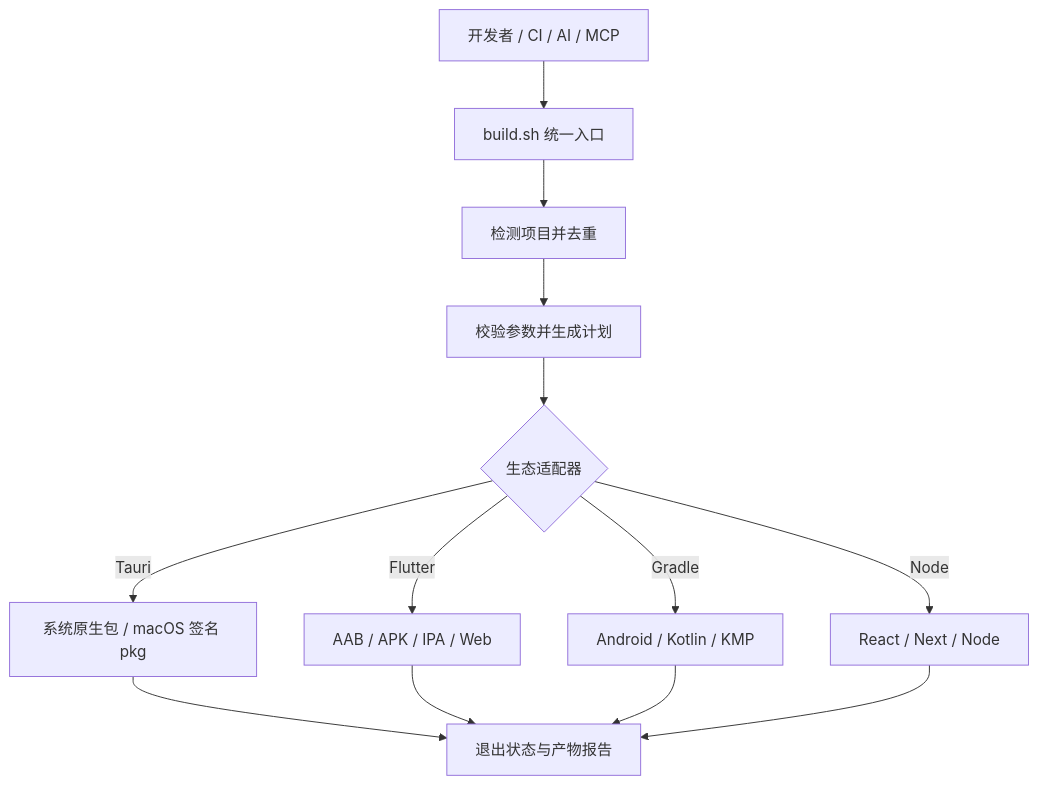
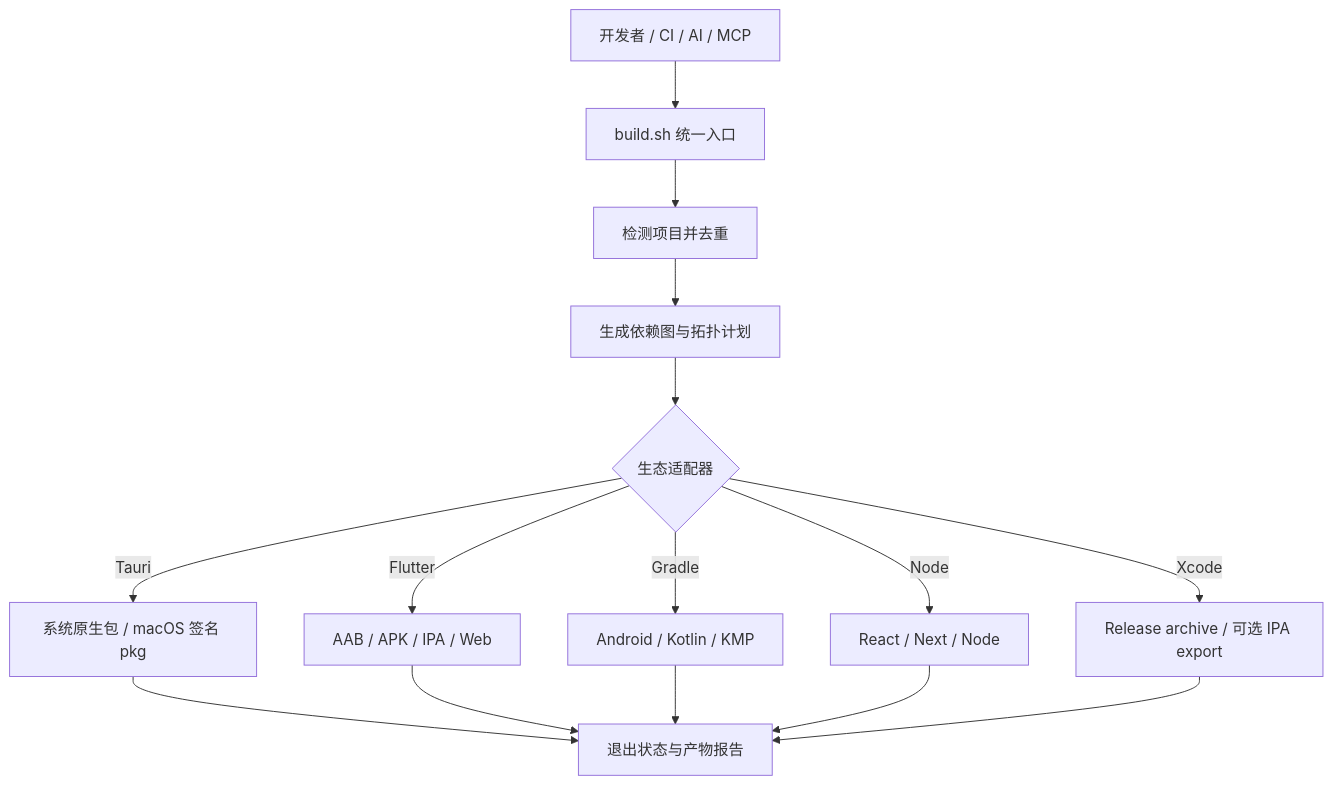
One commit to kimdzhekhon/Universal-Build-Script changed the first of 8 diagrams in README.zh-CN.md. Above: the diagram before and after it, drawn with Mermaid. The commit also changed other lines of this file and 20 other files, not shown here.

Commit message:
feat: complete build orchestration roadmap

````diff
--- a/README.zh-CN.md
+++ b/README.zh-CN.md
@@ -62,15 +63,17 @@
 ```mermaid
 flowchart TD
     U["开发者 / CI / AI / MCP"] --> B["build.sh 统一入口"]
     B --> D["检测项目并去重"]
-    D --> P["校验参数并生成计划"]
+    D --> P["生成依赖图与拓扑计划"]
     P --> A{"生态适配器"}
     A -->|"Tauri"| T["系统原生包 / macOS 签名 pkg"]
     A -->|"Flutter"| F["AAB / APK / IPA / Web"]
     A -->|"Gradle"| G["Android / Kotlin / KMP"]
     A -->|"Node"| N["React / Next / Node"]
+    A -->|"Xcode"| X["Release archive / 可选 IPA export"]
     T --> R["退出状态与产物报告"]
     F --> R
     G --> R
     N --> R
+    X --> R
 ```
````
